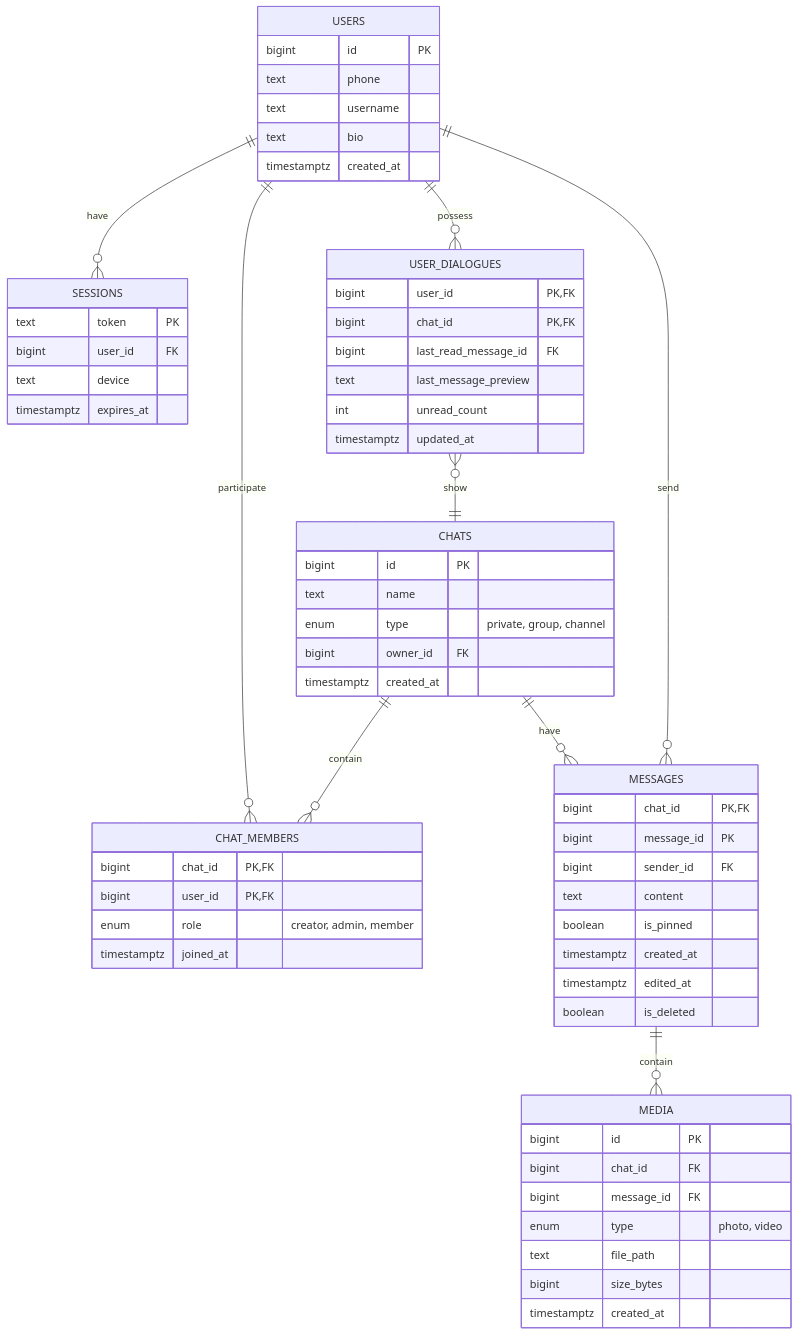
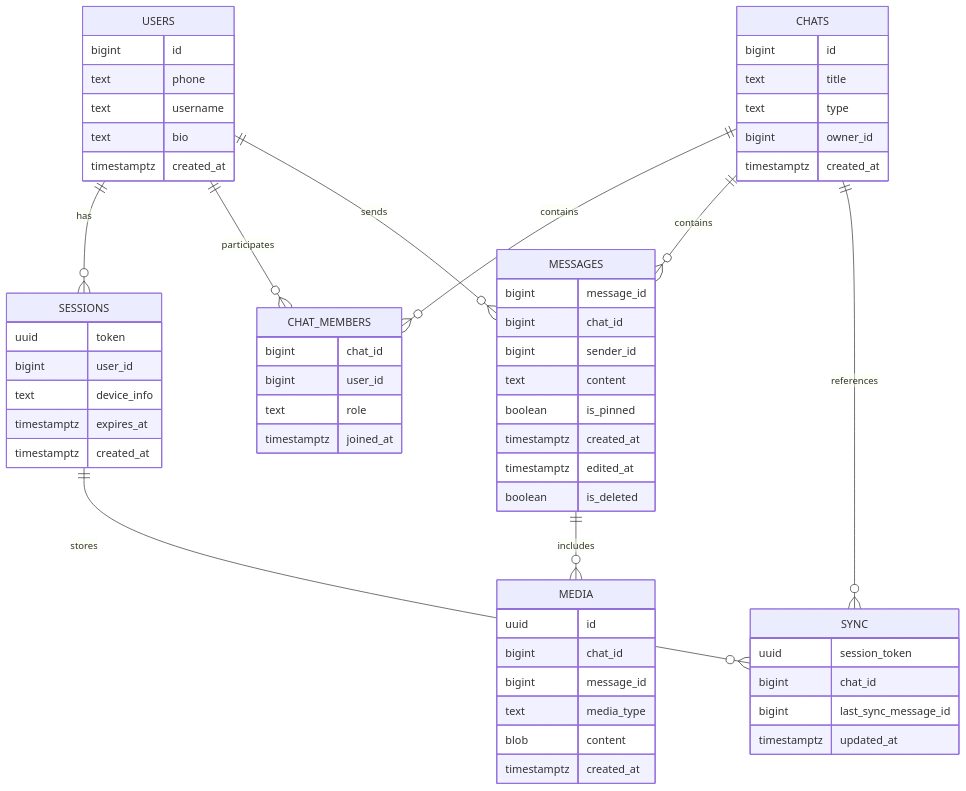
Before and after one commit to Liza05444/VK_Education_Highload: the diagram in README.md, drawn with Mermaid. The commit also changed other lines of this file, not shown here.

````diff
--- a/README.md
+++ b/README.md
@@ -252,71 +252,69 @@
 ```mermaid
 erDiagram
     USERS {
-        bigint id PK
+        bigint id
         text phone
         text username
         text bio
         timestamptz created_at
     }
 
     SESSIONS {
-        text token PK
-        bigint user_id FK
-        text device
+        uuid token
+        bigint user_id
+        text device_info
         timestamptz expires_at
+        timestamptz created_at
     }
 
     CHATS {
-        bigint id PK
-        text name
-        enum type "private, group, channel"
-        bigint owner_id FK
+        bigint id
+        text title
+        text type
+        bigint owner_id
         timestamptz created_at
     }
 
     CHAT_MEMBERS {
-        bigint chat_id PK, FK
-        bigint user_id PK, FK
-        enum role "creator, admin, member"
+        bigint chat_id
+        bigint user_id
+        text role
         timestamptz joined_at
     }
 
-    USER_DIALOGUES {
-        bigint user_id PK, FK
-        bigint chat_id PK, FK
-        bigint last_read_message_id FK
-        text last_message_preview
-        int unread_count
-        timestamptz updated_at
-    }
-
     MESSAGES {
-        bigint chat_id PK, FK
-        bigint message_id PK
-        bigint sender_id FK
+        bigint message_id
+        bigint chat_id
+        bigint sender_id
         text content
         boolean is_pinned
         timestamptz created_at
         timestamptz edited_at
         boolean is_deleted
     }
 
     MEDIA {
-        bigint id PK
-        bigint chat_id FK
-        bigint message_id FK
-        enum type "photo, video"
-        text file_path
-        bigint size_bytes
+        uuid id
+        bigint chat_id
+        bigint message_id
+        text media_type
+        blob content
         timestamptz created_at
     }
 
-    USERS ||--o{ SESSIONS : have
-    USERS ||--o{ CHAT_MEMBERS : participate
-    USERS ||--o{ USER_DIALOGUES : possess
-    USER_DIALOGUES }o--|| CHATS : show
-    CHATS ||--o{ CHAT_MEMBERS : contain
-    CHATS ||--o{ MESSAGES : have
-    USERS ||--o{ MESSAGES : send
-    MESSAGES ||--o{ MEDIA : contain
+    SYNC {
+        uuid session_token
+        bigint chat_id
+        bigint last_sync_message_id
+        timestamptz updated_at
+    }
+
+    USERS ||--o{ SESSIONS : has
+    USERS ||--o{ CHAT_MEMBERS : participates
+    CHATS ||--o{ CHAT_MEMBERS : contains
+    CHATS ||--o{ MESSAGES : contains
+    USERS ||--o{ MESSAGES : sends
+    MESSAGES ||--o{ MEDIA : includes
+    SESSIONS ||--o{ SYNC : stores
+    CHATS ||--o{ SYNC : references
 ```
````
